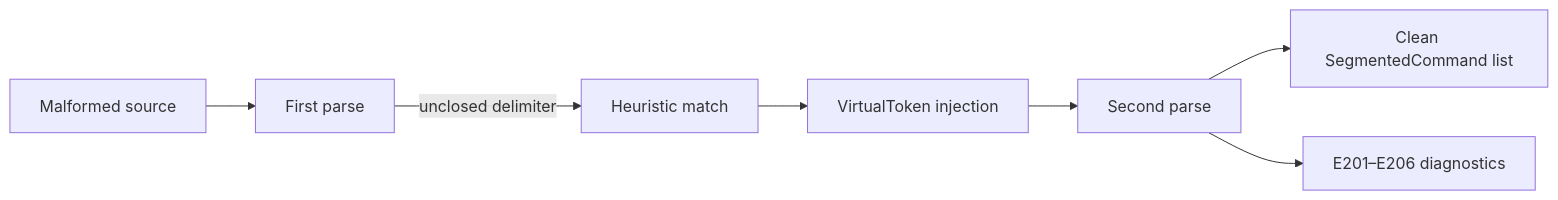
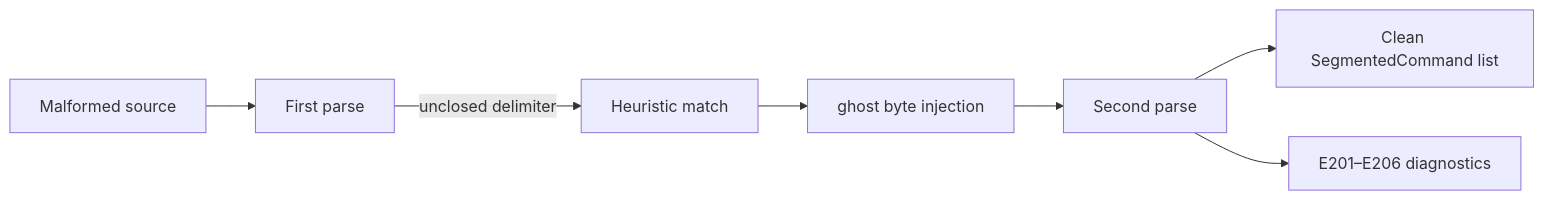
The fourth of 33 diagrams in docs/GLOSSARY.md (bitwisecook/tcl-lsp), drawn with Mermaid before and after one commit. The commit also changed other lines of this file and 14 other files, not shown here.

````diff
--- a/docs/GLOSSARY.md
+++ b/docs/GLOSSARY.md
@@ -110,9 +114,9 @@
 ```mermaid
 flowchart LR
     SRC["Malformed source"] --> P1["First parse"]
     P1 -->|"unclosed delimiter"| HEUR["Heuristic match"]
-    HEUR --> VT["VirtualToken injection"]
+    HEUR --> VT["ghost byte injection"]
     VT --> P2["Second parse"]
     P2 --> CLEAN["Clean SegmentedCommand list"]
     P2 --> DIAG["E201–E206 diagnostics"]
 ```
````
